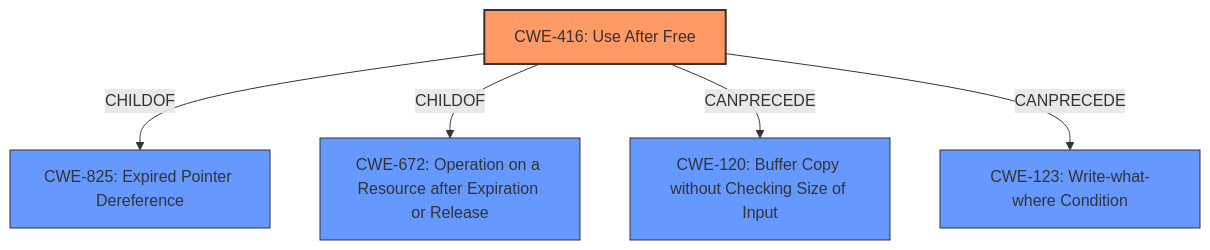
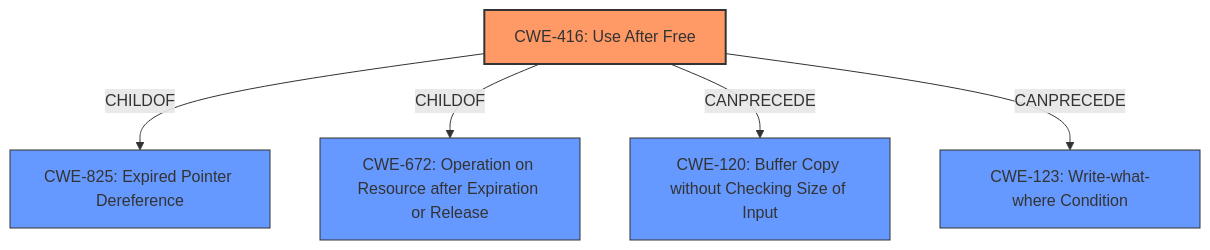
One commit to CyberSecAI/cwe_agent_assign_reports_2023 changed the diagram in CVE-2021-37975/CVE-2021-37975_analysis.md. Above: the diagram before and after it, drawn with Mermaid. The commit also changed other lines of this file and 902 other files, not shown here.

````diff
--- a/CVE-2021-37975/CVE-2021-37975_analysis.md
+++ b/CVE-2021-37975/CVE-2021-37975_analysis.md
@@ -16,19 +18,19 @@
 ```mermaid
 graph TD
     cwe416["CWE-416: Use After Free"]
     cwe825["CWE-825: Expired Pointer Dereference"]
-    cwe672["CWE-672: Operation on a Resource after Expiration or Release"]
+    cwe672["CWE-672: Operation on Resource after Expiration or Release"]
     cwe120["CWE-120: Buffer Copy without Checking Size of Input"]
     cwe123["CWE-123: Write-what-where Condition"]
-
+    
     cwe416 -->|CHILDOF| cwe825
     cwe416 -->|CHILDOF| cwe672
     cwe416 -->|CANPRECEDE| cwe120
     cwe416 -->|CANPRECEDE| cwe123
     
-
     classDef primary fill:#f96,stroke:#333,stroke-width:2px
     classDef secondary fill:#69f,stroke:#333
+    classDef tertiary fill:#9e9,stroke:#333
     class cwe416 primary
     class cwe825,cwe672,cwe120,cwe123 secondary
 ```
````
